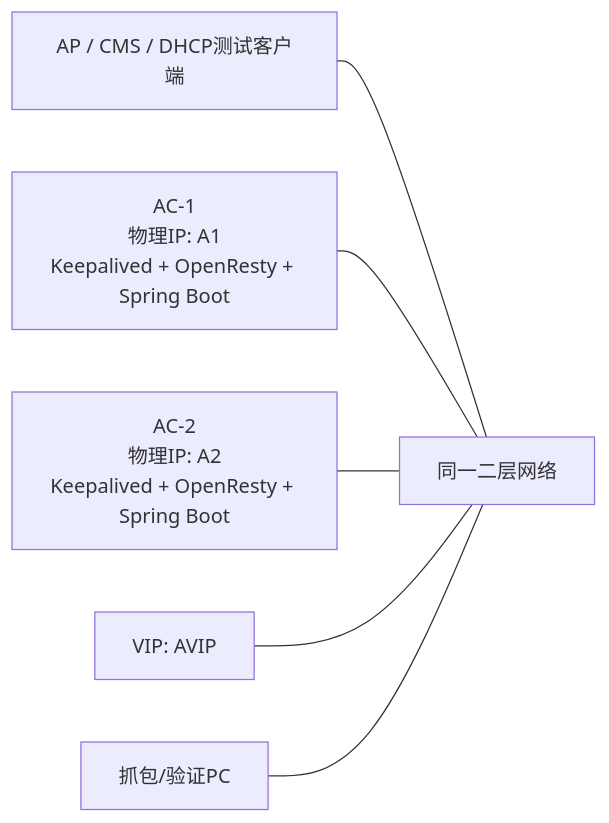
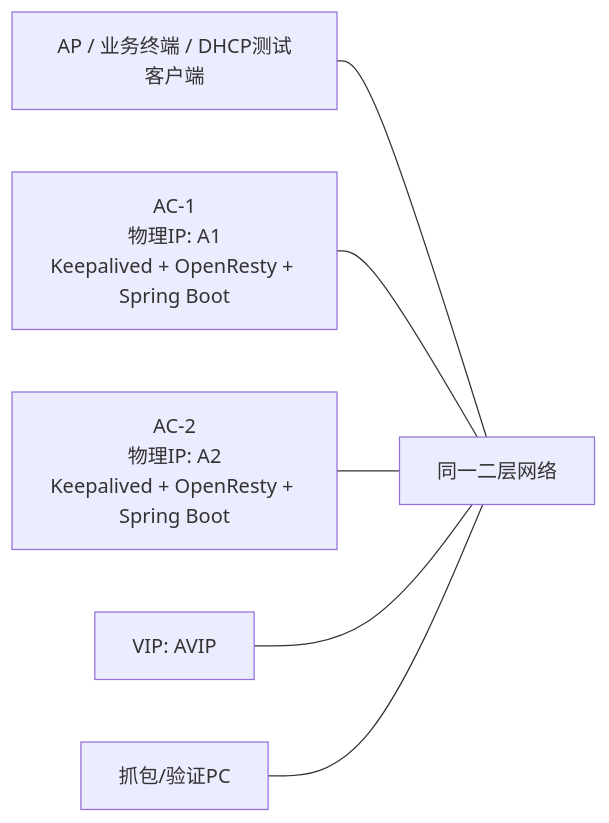
The first of 4 diagrams in doc/archive/2026-05-17/ha_problem_validation_plan.md (VieLune/ha-dhcp), drawn with Mermaid before and after one commit. The commit also changed other lines of this file and 6 other files, not shown here.

````diff
--- a/doc/archive/2026-05-17/ha_problem_validation_plan.md
+++ b/doc/archive/2026-05-17/ha_problem_validation_plan.md
@@ -21,8 +21,8 @@
 ```mermaid
 flowchart LR
-  AP["AP / CMS / DHCP测试客户端"] --- SW["同一二层网络"]
+  AP["AP / 业务终端 / DHCP测试客户端"] --- SW["同一二层网络"]
   AC1["AC-1<br/>物理IP: A1<br/>Keepalived + OpenResty + Spring Boot"] --- SW
   AC2["AC-2<br/>物理IP: A2<br/>Keepalived + OpenResty + Spring Boot"] --- SW
   VIP["VIP: AVIP"] --- SW
   PC["抓包/验证PC"] --- SW
 ```
````
